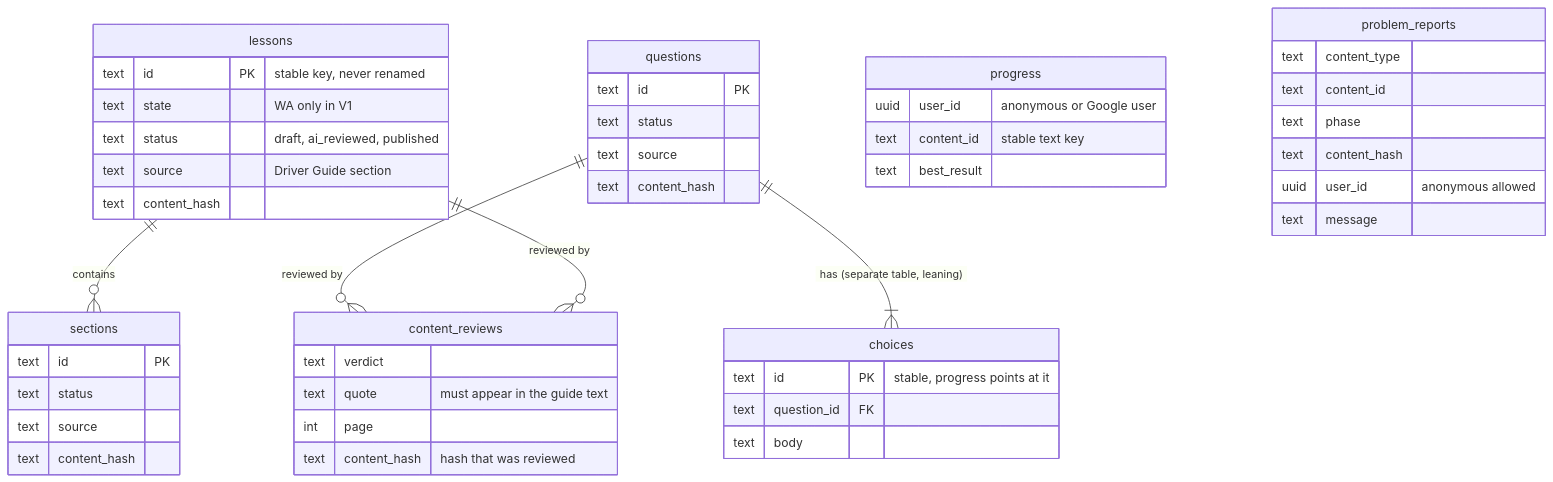
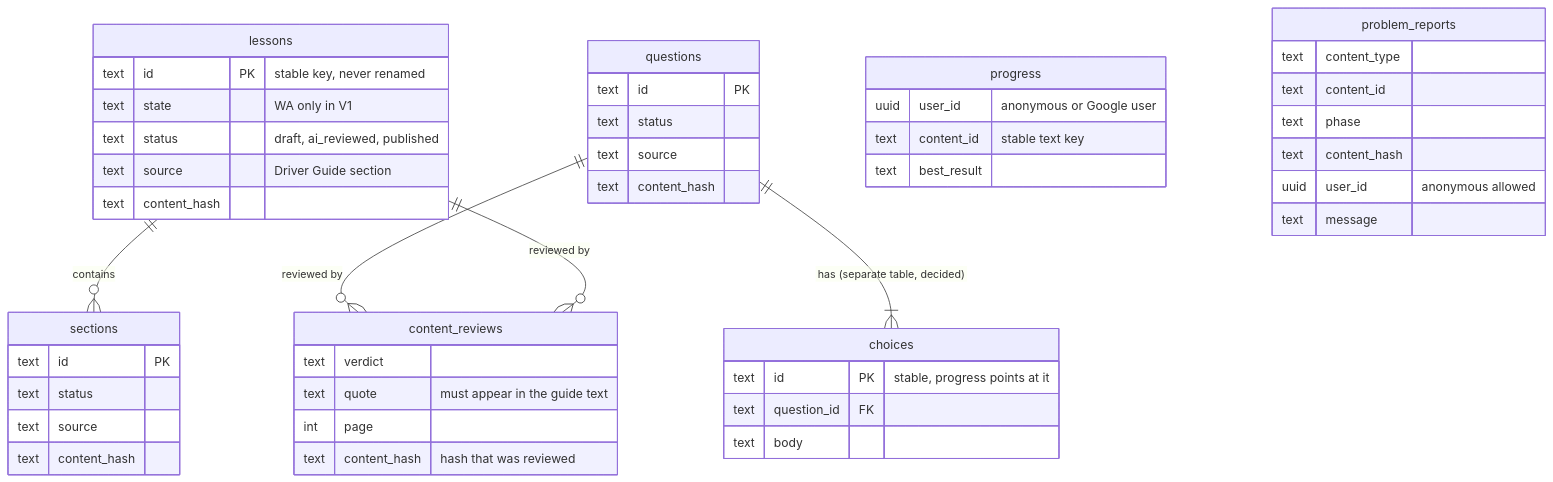
One commit to abdulrahman1121/super-driver changed the sixth of 6 diagrams in architecture/data-flow.md. Above: the diagram before and after it, drawn with Mermaid. The commit also changed 3 other files, not shown here.

Commit message:
docs: record choices table decision (#5)

````diff
--- a/architecture/data-flow.md
+++ b/architecture/data-flow.md
@@ -137,50 +137,50 @@
 ```mermaid
 erDiagram
   lessons ||--o{ sections : contains
-  questions ||--|{ choices : "has (separate table, leaning)"
+  questions ||--|{ choices : "has (separate table, decided)"
   questions ||--o{ content_reviews : "reviewed by"
   lessons ||--o{ content_reviews : "reviewed by"
   progress {
     uuid user_id "anonymous or Google user"
     text content_id "stable text key"
     text best_result
   }
   problem_reports {
     text content_type
     text content_id
     text phase
     text content_hash
     uuid user_id "anonymous allowed"
     text message
   }
   lessons {
     text id PK "stable key, never renamed"
     text state "WA only in V1"
     text status "draft, ai_reviewed, published"
     text source "Driver Guide section"
     text content_hash
   }
   sections {
     text id PK
     text status
     text source
     text content_hash
   }
   questions {
     text id PK
     text status
     text source
     text content_hash
   }
   choices {
     text id PK "stable, progress points at it"
     text question_id FK
     text body
   }
   content_reviews {
     text verdict
     text quote "must appear in the guide text"
     int page
     text content_hash "hash that was reviewed"
   }
 ```
````
